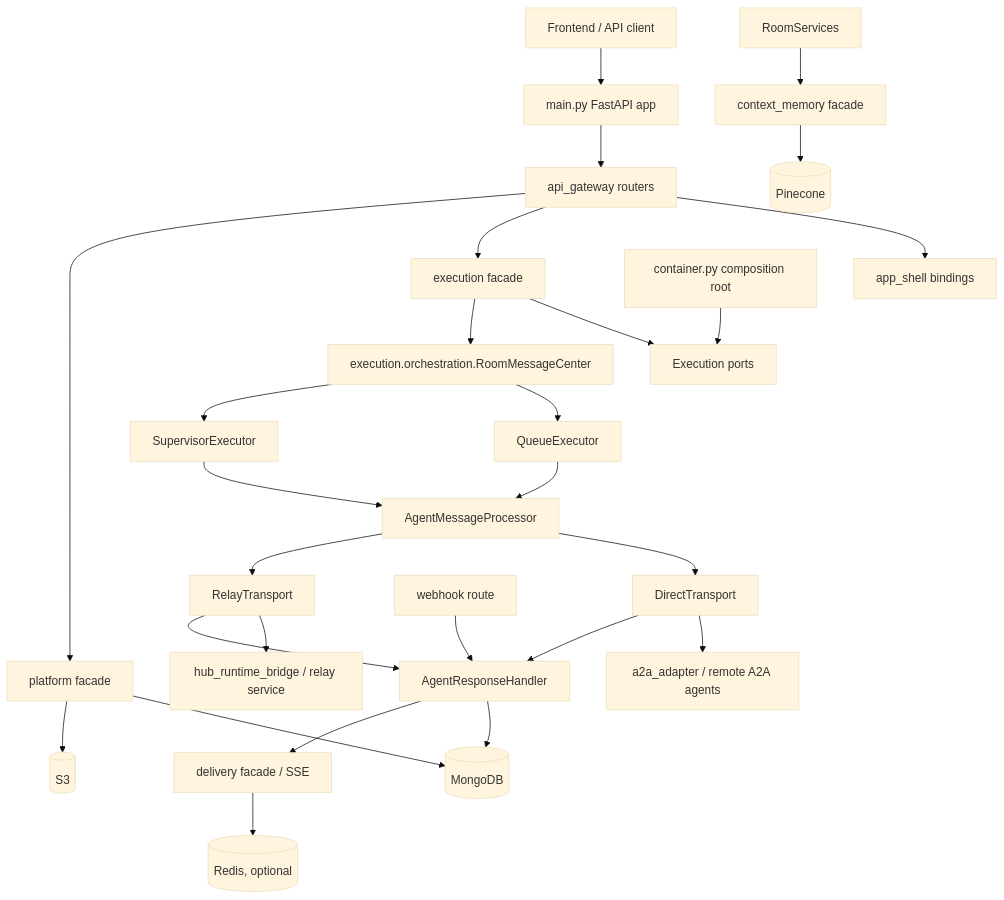
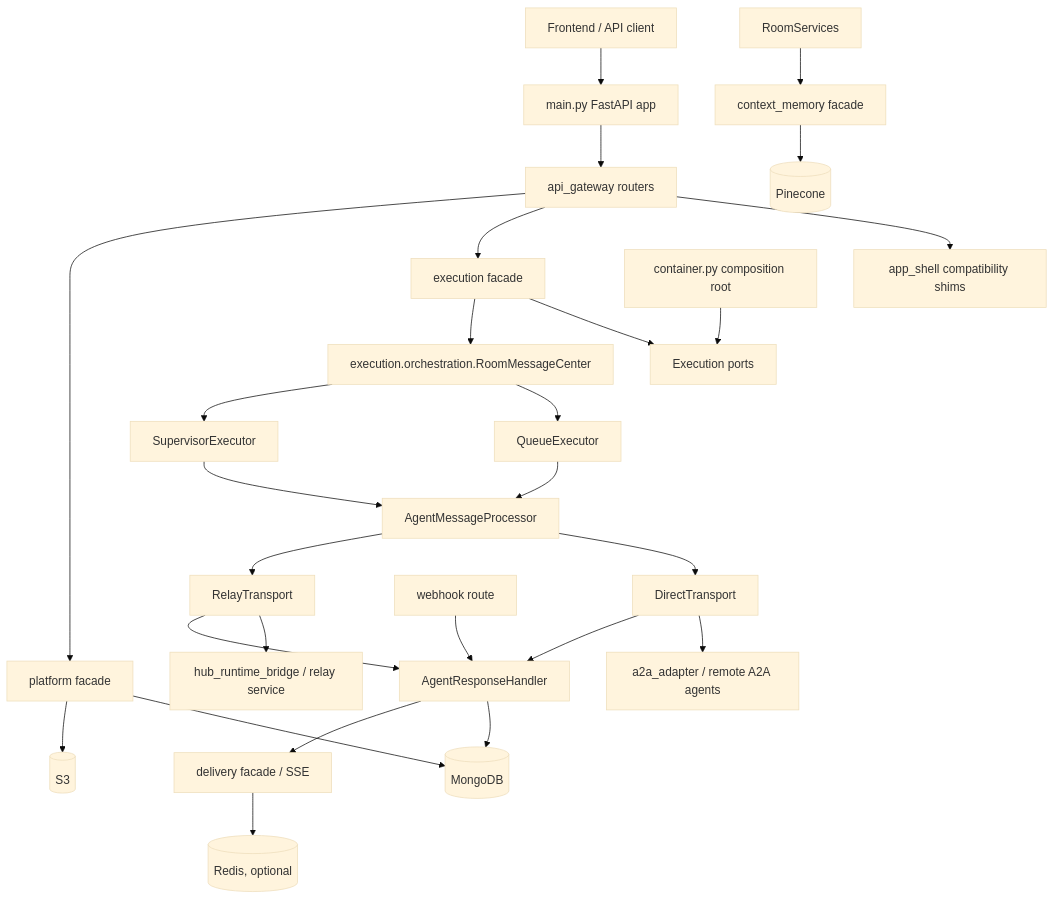
The diagram in docs/System-Architecture.md (JeromeOvO/hybro), drawn with Mermaid (base theme) before and after one commit. The commit also changed other lines of this file and 1 other file, not shown here.

Commit message:
docs: accept modular decoupling architecture

````diff
--- a/docs/System-Architecture.md
+++ b/docs/System-Architecture.md
@@ -25,33 +25,33 @@
 ```mermaid
 flowchart TD
     Client[Frontend / API client] --> FastAPI[main.py FastAPI app]
     FastAPI --> APIGateway[api_gateway routers]
-    APIGateway --> AppShell[app_shell bindings]
+    APIGateway --> AppShell[app_shell compatibility shims]
     APIGateway --> Execution[execution facade]
     APIGateway --> Platform[platform facade]
 
     Container[container.py composition root] --> ExecutionPorts[Execution ports]
     Execution --> ExecutionPorts
     Execution --> RoomMessageCenter[execution.orchestration.RoomMessageCenter]
     RoomMessageCenter --> QueueExecutor[QueueExecutor]
     RoomMessageCenter --> SupervisorExecutor[SupervisorExecutor]
     QueueExecutor --> AgentMessageProcessor[AgentMessageProcessor]
     SupervisorExecutor --> AgentMessageProcessor
 
     AgentMessageProcessor --> DirectTransport[DirectTransport]
     AgentMessageProcessor --> RelayTransport[RelayTransport]
     DirectTransport --> A2A[a2a_adapter / remote A2A agents]
     RelayTransport --> HubRelay[hub_runtime_bridge / relay service]
 
     DirectTransport --> ResponseHandler[AgentResponseHandler]
     RelayTransport --> ResponseHandler
     Webhook[webhook route] --> ResponseHandler
 
     ResponseHandler --> Mongo[(MongoDB)]
     ResponseHandler --> Delivery[delivery facade / SSE]
     RoomServices --> ContextMemory[context_memory facade]
     Platform --> Mongo
     Platform --> S3[(S3)]
     ContextMemory --> Pinecone[(Pinecone)]
     Delivery --> Redis[(Redis, optional)]
 ```
````
